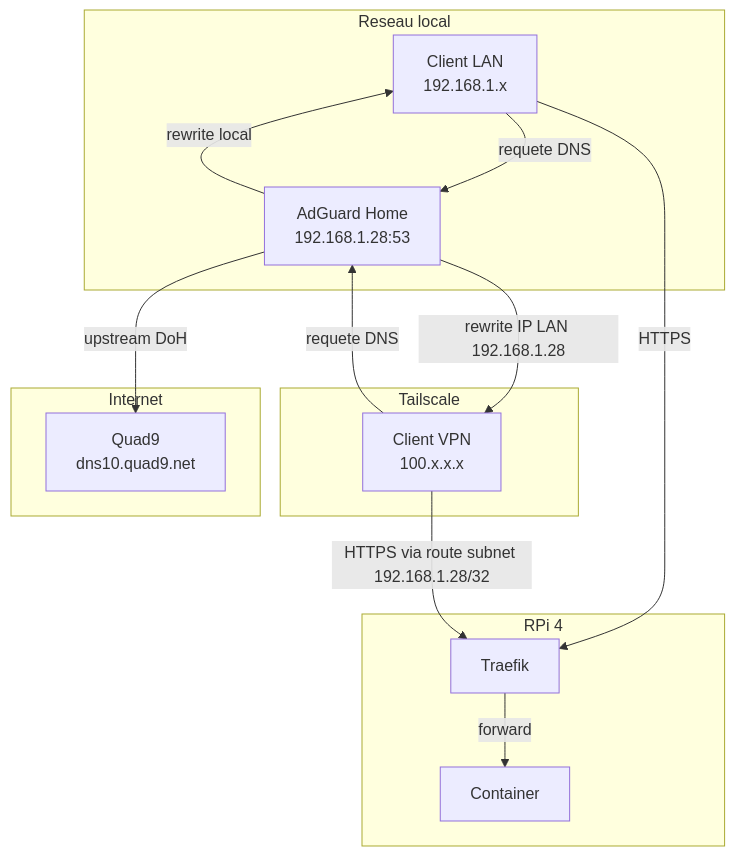
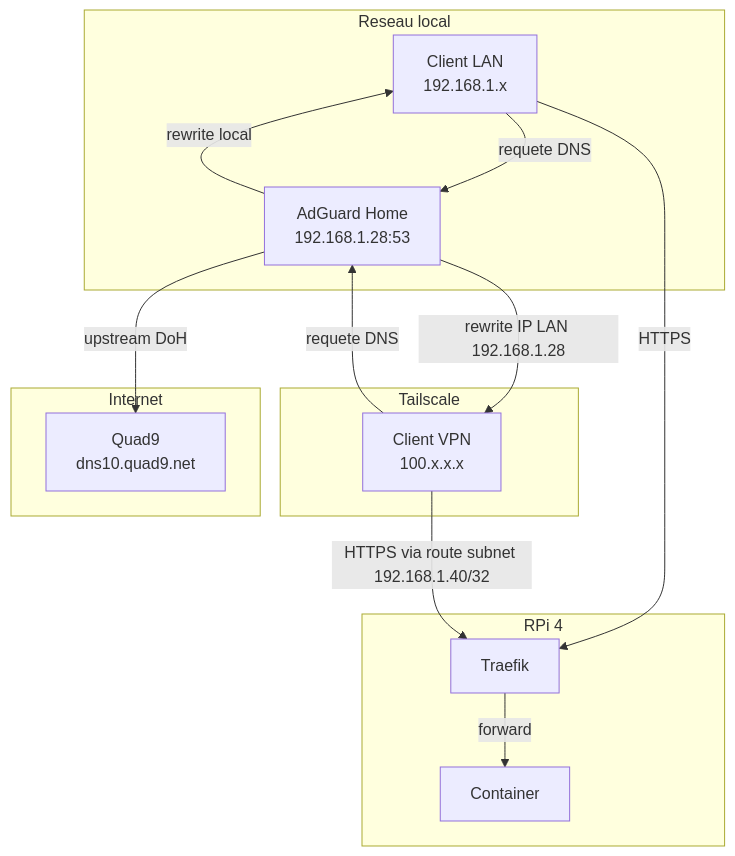
One commit to GabinSMD/homelab-doc changed the second of 4 diagrams in docs/architecture/reseau.mdx. Above: the diagram before and after it, drawn with Mermaid. The commit also changed other lines of this file and 3 other files, not shown here.

````diff
--- a/docs/architecture/reseau.mdx
+++ b/docs/architecture/reseau.mdx
@@ -61,24 +62,24 @@
 ```mermaid
 graph TB
     subgraph "Reseau local"
         Client[Client LAN<br/>192.168.1.x] -->|requete DNS| AG[AdGuard Home<br/>192.168.1.28:53]
         AG -->|rewrite local| Client
     end
     
     subgraph "Tailscale"
         TSClient[Client VPN<br/>100.x.x.x] -->|requete DNS| AG
         AG -->|rewrite IP LAN 192.168.1.28| TSClient
     end
     
     subgraph "Internet"
         AG -->|upstream DoH| Quad9[Quad9<br/>dns10.quad9.net]
     end
     
     subgraph "RPi 4"
         AG
         Traefik -->|forward| Service[Container]
     end
     
     Client -->|HTTPS| Traefik
-    TSClient -->|HTTPS via route subnet 192.168.1.28/32| Traefik
+    TSClient -->|HTTPS via route subnet 192.168.1.40/32| Traefik
 ```
````
